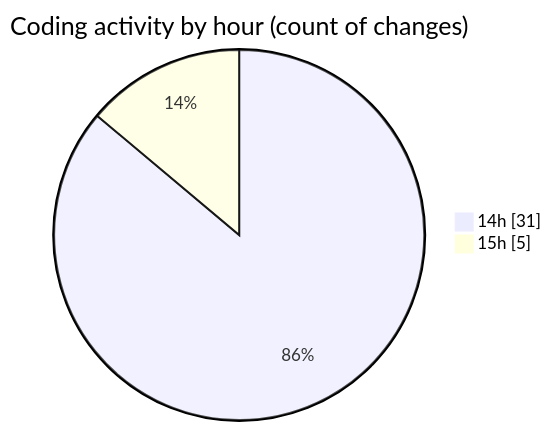
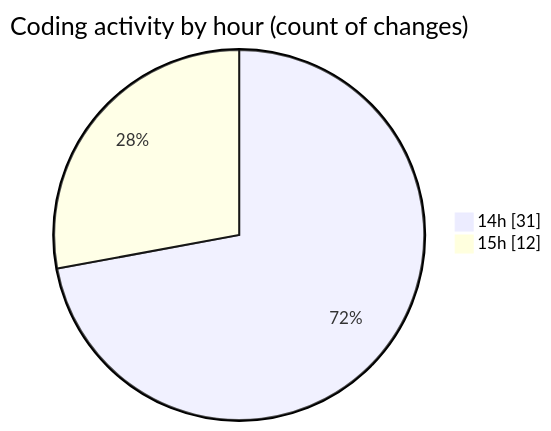
Before and after one commit to momahboobian/code-tracking: the second of 2 diagrams in 2026-05-11/cda/README.md, drawn with Mermaid. The commit also changed other lines of this file and 1 other file, not shown here.

````diff
--- a/2026-05-11/cda/README.md
+++ b/2026-05-11/cda/README.md
@@ -43,6 +46,6 @@
 ```mermaid
 pie showData
 title Coding activity by hour (count of changes)
 "14h" : 31
-"15h" : 5
+"15h" : 12
 ```
````
